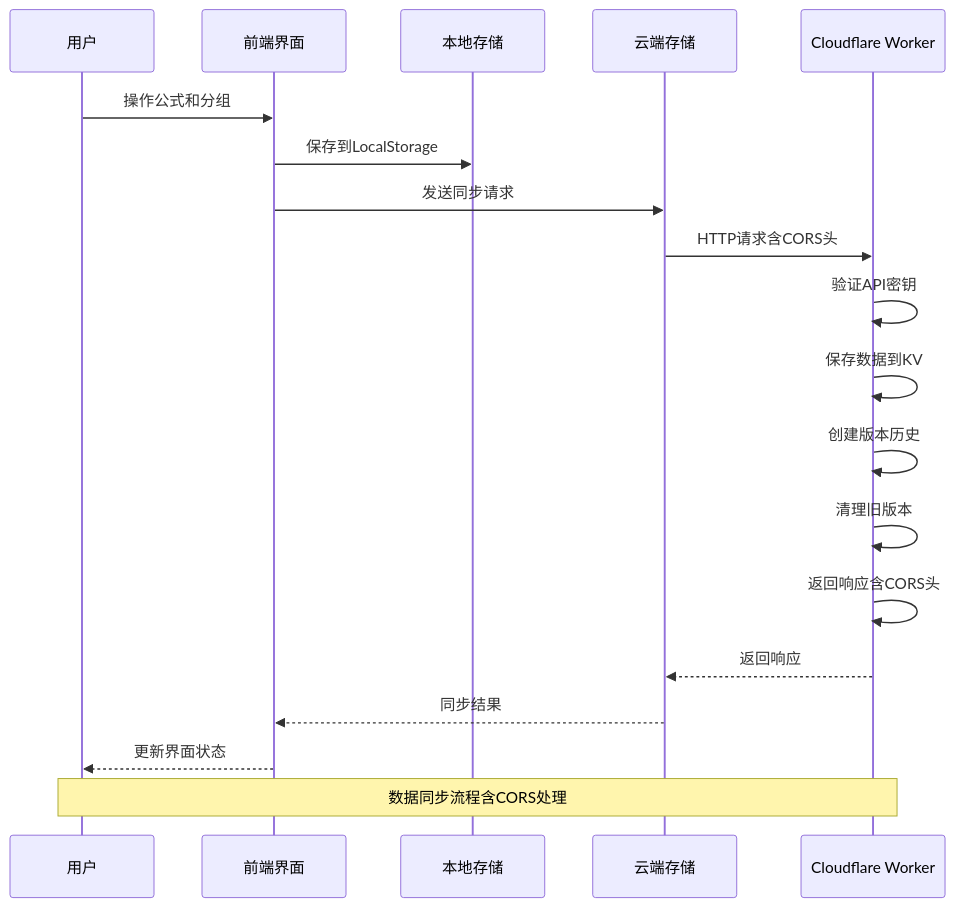
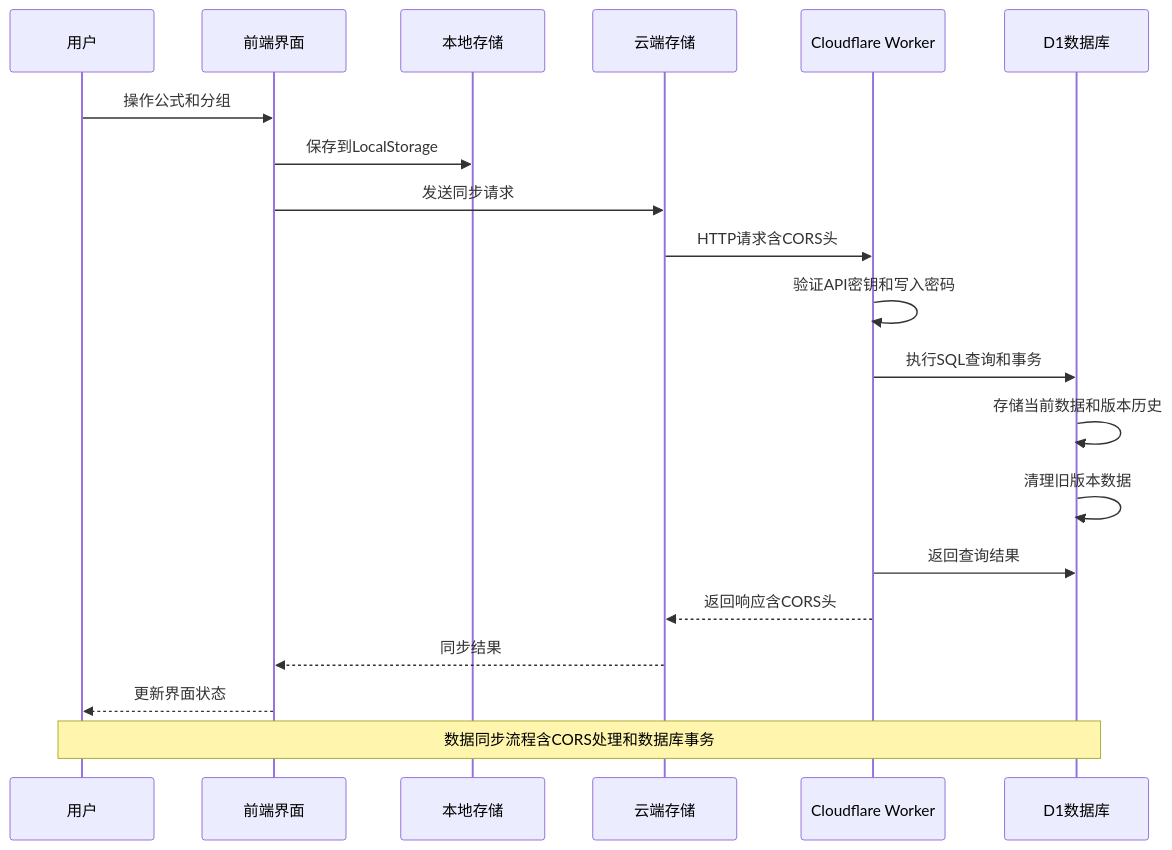
Before and after one commit to steveyu2/formula-mapper: the fourth of 14 diagrams in .qoder/repowiki/zh/content/用户指南/数据管理/云存储系统.md, drawn with Mermaid. The commit also changed other lines of this file and 5 other files, not shown here.

````diff
--- a/.qoder/repowiki/zh/content/用户指南/数据管理/云存储系统.md
+++ b/.qoder/repowiki/zh/content/用户指南/数据管理/云存储系统.md
@@ -279,21 +290,22 @@
 ```mermaid
 sequenceDiagram
 participant User as 用户
 participant UI as 前端界面
 participant Local as 本地存储
 participant Cloud as 云端存储
 participant Worker as Cloudflare Worker
+participant D1 as D1数据库
 User->>UI : 操作公式和分组
 UI->>Local : 保存到LocalStorage
 UI->>Cloud : 发送同步请求
 Cloud->>Worker : HTTP请求含CORS头
-Worker->>Worker : 验证API密钥
-Worker->>Worker : 保存数据到KV
-Worker->>Worker : 创建版本历史
-Worker->>Worker : 清理旧版本
-Worker->>Worker : 返回响应含CORS头
-Worker-->>Cloud : 返回响应
+Worker->>Worker : 验证API密钥和写入密码
+Worker->>D1 : 执行SQL查询和事务
+D1->>D1 : 存储当前数据和版本历史
+D1->>D1 : 清理旧版本数据
+Worker->>D1 : 返回查询结果
+Worker-->>Cloud : 返回响应含CORS头
 Cloud-->>UI : 同步结果
 UI-->>User : 更新界面状态
-Note over User,Worker : 数据同步流程含CORS处理
+Note over User,D1 : 数据同步流程含CORS处理和数据库事务
 ```
````
